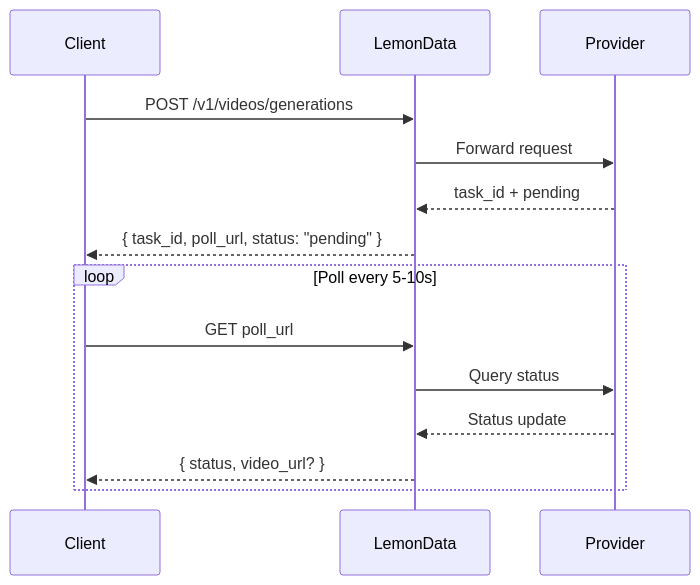
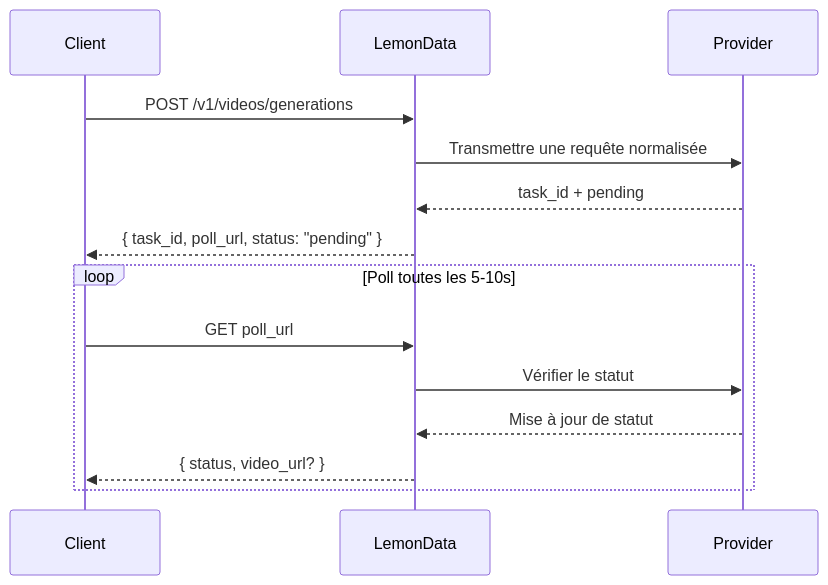
The diagram in fr/guides/video-generation.mdx (hedging8563/lemondata-docs), drawn with Mermaid before and after one commit. The commit also changed other lines of this file and 17 other files, not shown here.

````diff
--- a/fr/guides/video-generation.mdx
+++ b/fr/guides/video-generation.mdx
@@ -21,18 +24,18 @@
 ```mermaid
 sequenceDiagram
     participant Client
     participant LemonData
     participant Provider
 
     Client->>LemonData: POST /v1/videos/generations
-    LemonData->>Provider: Forward request
+    LemonData->>Provider: Transmettre une requête normalisée
     Provider-->>LemonData: task_id + pending
     LemonData-->>Client: { task_id, poll_url, status: "pending" }
 
-    loop Poll every 5-10s
+    loop Poll toutes les 5-10s
         Client->>LemonData: GET poll_url
-        LemonData->>Provider: Query status
-        Provider-->>LemonData: Status update
+        LemonData->>Provider: Vérifier le statut
+        Provider-->>LemonData: Mise à jour de statut
         LemonData-->>Client: { status, video_url? }
     end
 ```
````
